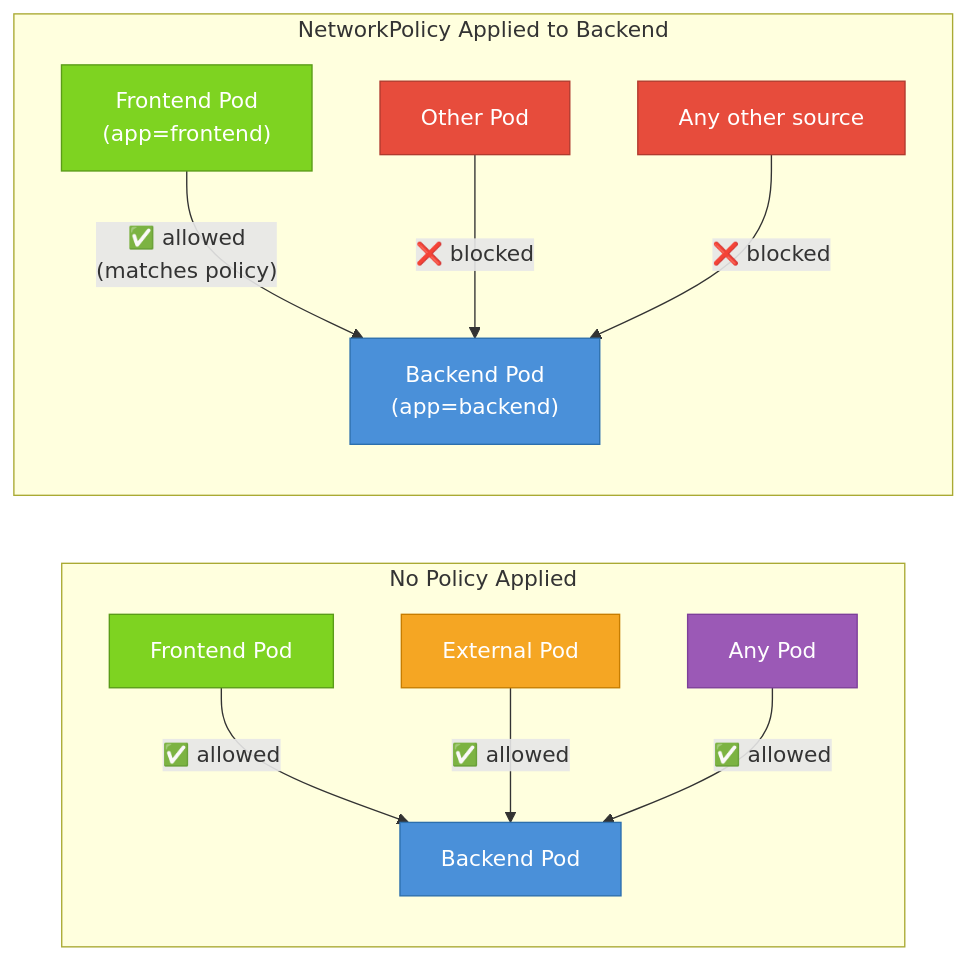
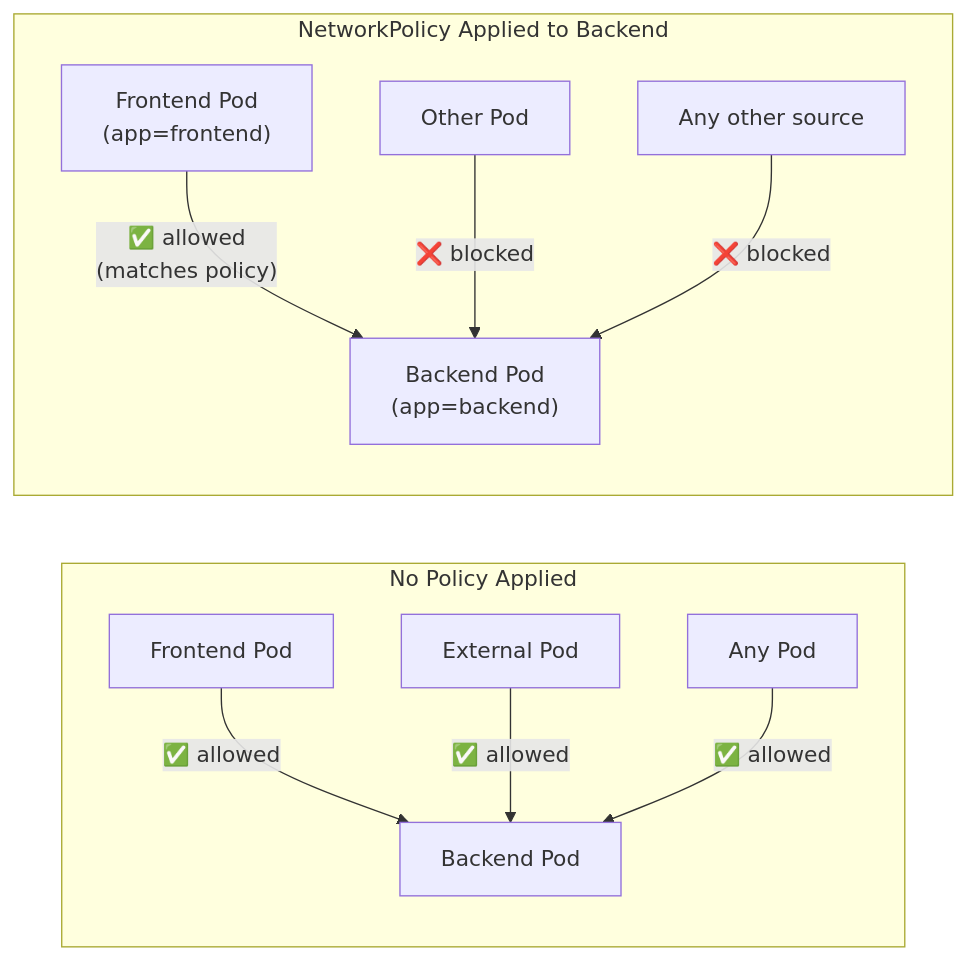
Before and after one commit to Antoine-Flo/kube-mastery: the diagram in src/courses/modules/network-policies/01-what-are-network-policies/en/content.md, drawn with Mermaid. The commit also changed 21 other files, not shown here.

Commit message:
remove diagram styles

````diff
--- a/src/courses/modules/network-policies/01-what-are-network-policies/en/content.md
+++ b/src/courses/modules/network-policies/01-what-are-network-policies/en/content.md
@@ -36,23 +36,14 @@
 ```mermaid
 graph LR
     subgraph "No Policy Applied"
         A1["Frontend Pod"] -->|"✅ allowed"| B1["Backend Pod"]
         C1["External Pod"] -->|"✅ allowed"| B1
         D1["Any Pod"] -->|"✅ allowed"| B1
     end
 
     subgraph "NetworkPolicy Applied to Backend"
         A2["Frontend Pod\n(app=frontend)"] -->|"✅ allowed\n(matches policy)"| B2["Backend Pod\n(app=backend)"]
         C2["Other Pod"] -->|"❌ blocked"| B2
         D2["Any other source"] -->|"❌ blocked"| B2
     end
-
-    style A1 fill:#7ED321,color:#fff,stroke:#5a9c18
-    style B1 fill:#4A90D9,color:#fff,stroke:#2c6fad
-    style C1 fill:#F5A623,color:#fff,stroke:#c77d00
-    style D1 fill:#9B59B6,color:#fff,stroke:#7d3f9a
-    style A2 fill:#7ED321,color:#fff,stroke:#5a9c18
-    style B2 fill:#4A90D9,color:#fff,stroke:#2c6fad
-    style C2 fill:#E74C3C,color:#fff,stroke:#b03a2e
-    style D2 fill:#E74C3C,color:#fff,stroke:#b03a2e
 ```
````
